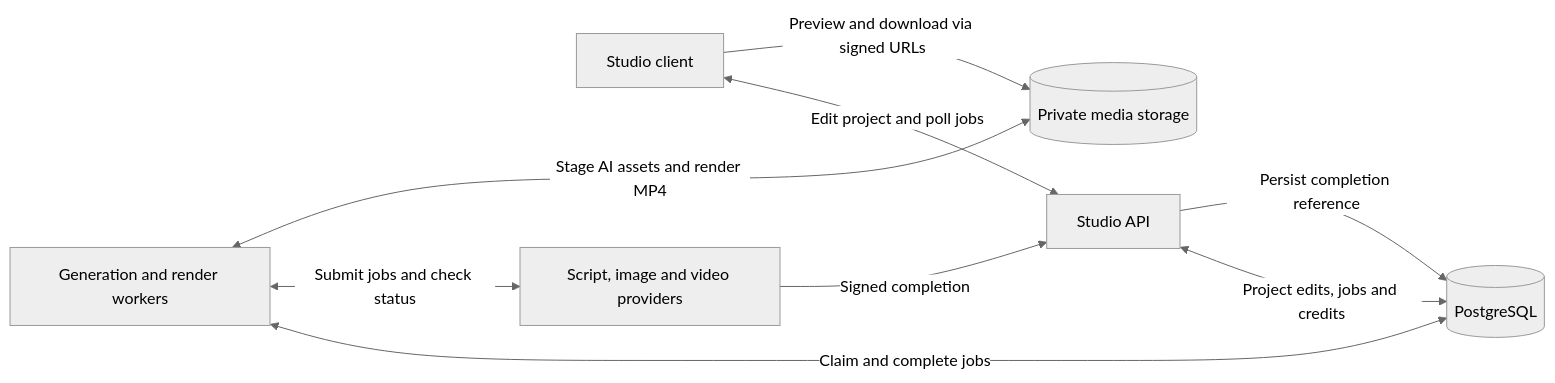
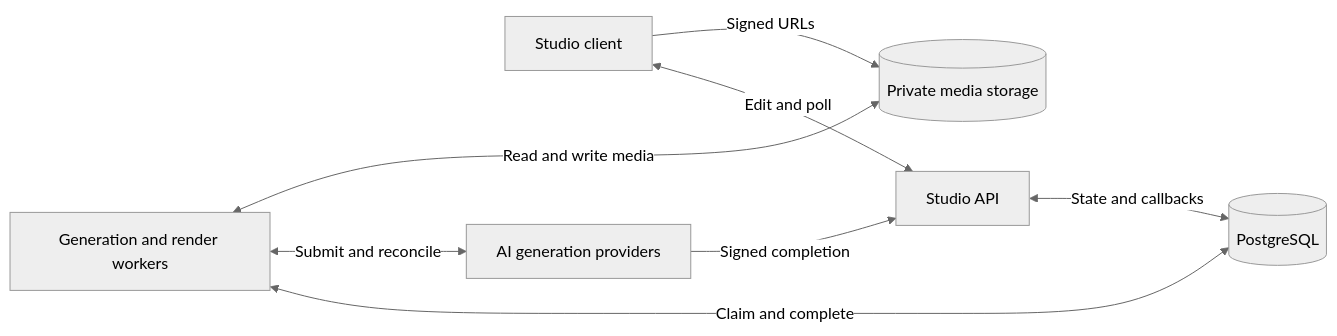
Before and after one commit to 22elix3r/briqen-creator-studio: the diagram in README.md, drawn with Mermaid (neutral theme). The commit also changed other lines of this file, not shown here.

````diff
--- a/README.md
+++ b/README.md
@@ -11,11 +11,10 @@
 ```mermaid
 flowchart LR
-    C[Studio client] <-->|Edit project and poll jobs| API[Studio API]
-    API <-->|Project edits, jobs and credits| DB[(PostgreSQL)]
-    W[Generation and render workers] <-->|Claim and complete jobs| DB
-    W <-->|Submit jobs and check status| P[Script, image and video providers]
+    C[Studio client] <-->|Edit and poll| API[Studio API]
+    API <-->|State and callbacks| DB[(PostgreSQL)]
+    W[Generation and render workers] <-->|Claim and complete| DB
+    W <-->|Submit and reconcile| P[AI generation providers]
     P -->|Signed completion| API
-    API -->|Persist completion reference| DB
-    W <-->|Stage AI assets and render MP4| S[(Private media storage)]
-    C -->|Preview and download via signed URLs| S
+    W <-->|Read and write media| S[(Private media storage)]
+    C -->|Signed URLs| S
 ```
````
